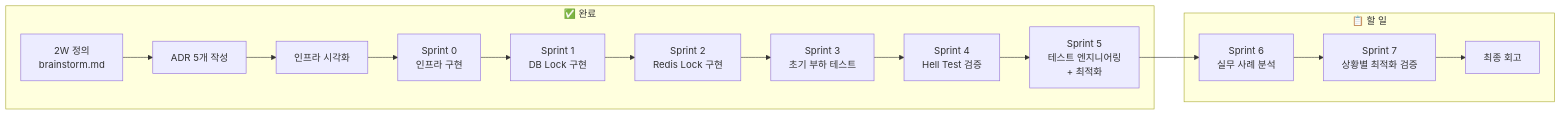
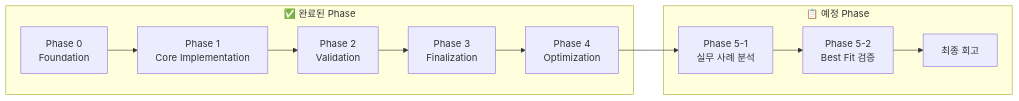
Before and after one commit to JuJin1324/concurrency-control-poc: the second of 2 diagrams in docs/planning/how-diagram.md, drawn with Mermaid. The commit also changed other lines of this file, not shown here.

Commit message:
docs: reorganize how-diagram into phase-based plan

````diff
--- a/docs/planning/how-diagram.md
+++ b/docs/planning/how-diagram.md
@@ -70,32 +68,18 @@
 ```mermaid
 flowchart LR
-    subgraph Done["✅ 완료"]
-        D1[2W 정의<br/>brainstorm.md]
-        D2[ADR 5개 작성]
-        D3[인프라 시각화]
-        D4[Sprint 0<br/>인프라 구현]
-        D5[Sprint 1<br/>DB Lock 구현]
-        D6[Sprint 2<br/>Redis Lock 구현]
-        D7[Sprint 3<br/>초기 부하 테스트]
-        D8[Sprint 4<br/>Hell Test 검증]
-        D9[Sprint 5<br/>테스트 엔지니어링<br/>+ 최적화]
+    subgraph Done["✅ 완료된 Phase"]
+        D0[Phase 0<br/>Foundation]
+        D1[Phase 1<br/>Core Implementation]
+        D2[Phase 2<br/>Validation]
+        D3[Phase 3<br/>Finalization]
+        D4[Phase 4<br/>Optimization]
     end
 
-    subgraph Todo["📋 할 일"]
-        T7[Sprint 6<br/>실무 사례 분석]
-        T8[Sprint 7<br/>상황별 최적화 검증]
-        T9[최종 회고]
+    subgraph Next["📋 예정 Phase"]
+        N1[Phase 5-1<br/>실무 사례 분석]
+        N2[Phase 5-2<br/>Best Fit 검증]
+        N3[최종 회고]
     end
 
-    D1 --> D2
-    D2 --> D3
-    D3 --> D4
-    D4 --> D5
-    D5 --> D6
-    D6 --> D7
-    D7 --> D8
-    D8 --> D9
-    D9 --> T7
-    T7 --> T8
-    T8 --> T9
+    D0 --> D1 --> D2 --> D3 --> D4 --> N1 --> N2 --> N3
 ```
````
